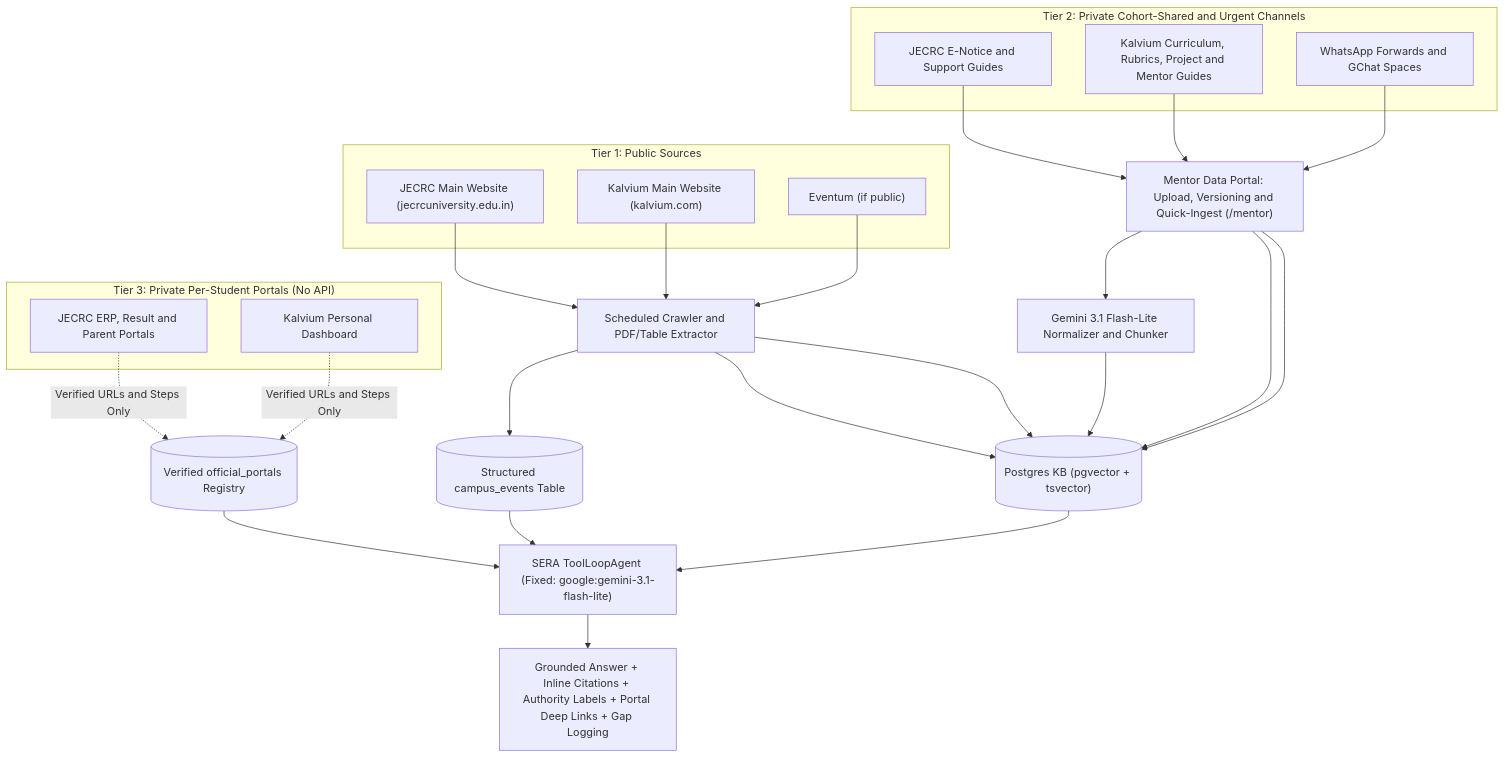
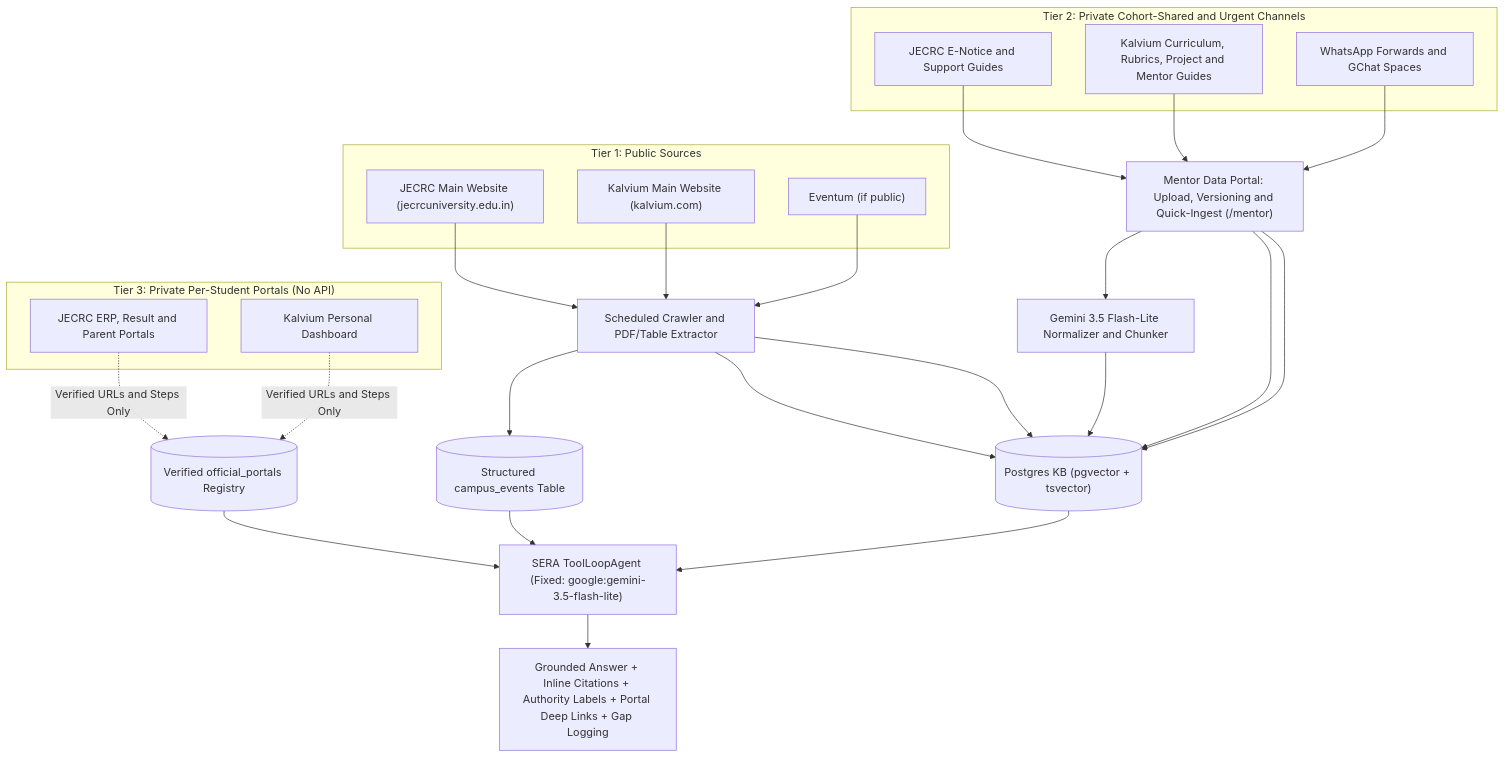
The second of 2 diagrams in docs/DATA_SOURCES.md (swarit-soni/infochat), drawn with Mermaid before and after one commit. The commit also changed other lines of this file and 12 other files, not shown here.

First line of the commit message:
feat(model): switch fixed LLM to Gemini 3.5 Flash-Lite (#17)

````diff
--- a/docs/DATA_SOURCES.md
+++ b/docs/DATA_SOURCES.md
@@ -181,46 +181,46 @@
 ```mermaid
 flowchart TD
     subgraph Tier1["Tier 1: Public Sources"]
         JECRC_WEB["JECRC Main Website (jecrcuniversity.edu.in)"]
         KAL_WEB["Kalvium Main Website (kalvium.com)"]
         EV_PUB["Eventum (if public)"]
     end
 
     subgraph Tier2["Tier 2: Private Cohort-Shared and Urgent Channels"]
         ENOTICE["JECRC E-Notice and Support Guides"]
         KAL_SHARED["Kalvium Curriculum, Rubrics, Project and Mentor Guides"]
         URGENT["WhatsApp Forwards and GChat Spaces"]
     end
 
     subgraph Tier3["Tier 3: Private Per-Student Portals (No API)"]
         ERP["JECRC ERP, Result and Parent Portals"]
         KAL_PERS["Kalvium Personal Dashboard"]
     end
 
     CRAWL["Scheduled Crawler and PDF/Table Extractor"]
     MENTOR["Mentor Data Portal: Upload, Versioning and Quick-Ingest (/mentor)"]
-    NORM["Gemini 3.1 Flash-Lite Normalizer and Chunker"]
+    NORM["Gemini 3.5 Flash-Lite Normalizer and Chunker"]
 
     KB[("Postgres KB (pgvector + tsvector)")]
     EVENTS[("Structured campus_events Table")]
     PORTALS[("Verified official_portals Registry")]
 
-    AGENT["SERA ToolLoopAgent (Fixed: google:gemini-3.1-flash-lite)"]
+    AGENT["SERA ToolLoopAgent (Fixed: google:gemini-3.5-flash-lite)"]
     OUT["Grounded Answer + Inline Citations + Authority Labels + Portal Deep Links + Gap Logging"]
 
     JECRC_WEB --> CRAWL --> KB
     KAL_WEB --> CRAWL --> KB
     EV_PUB --> CRAWL --> EVENTS
 
     ENOTICE --> MENTOR --> KB
     KAL_SHARED --> MENTOR --> KB
     URGENT --> MENTOR --> NORM --> KB
 
     ERP -.->|"Verified URLs and Steps Only"| PORTALS
     KAL_PERS -.->|"Verified URLs and Steps Only"| PORTALS
 
     KB --> AGENT
     EVENTS --> AGENT
     PORTALS --> AGENT
     AGENT --> OUT
 ```
````
